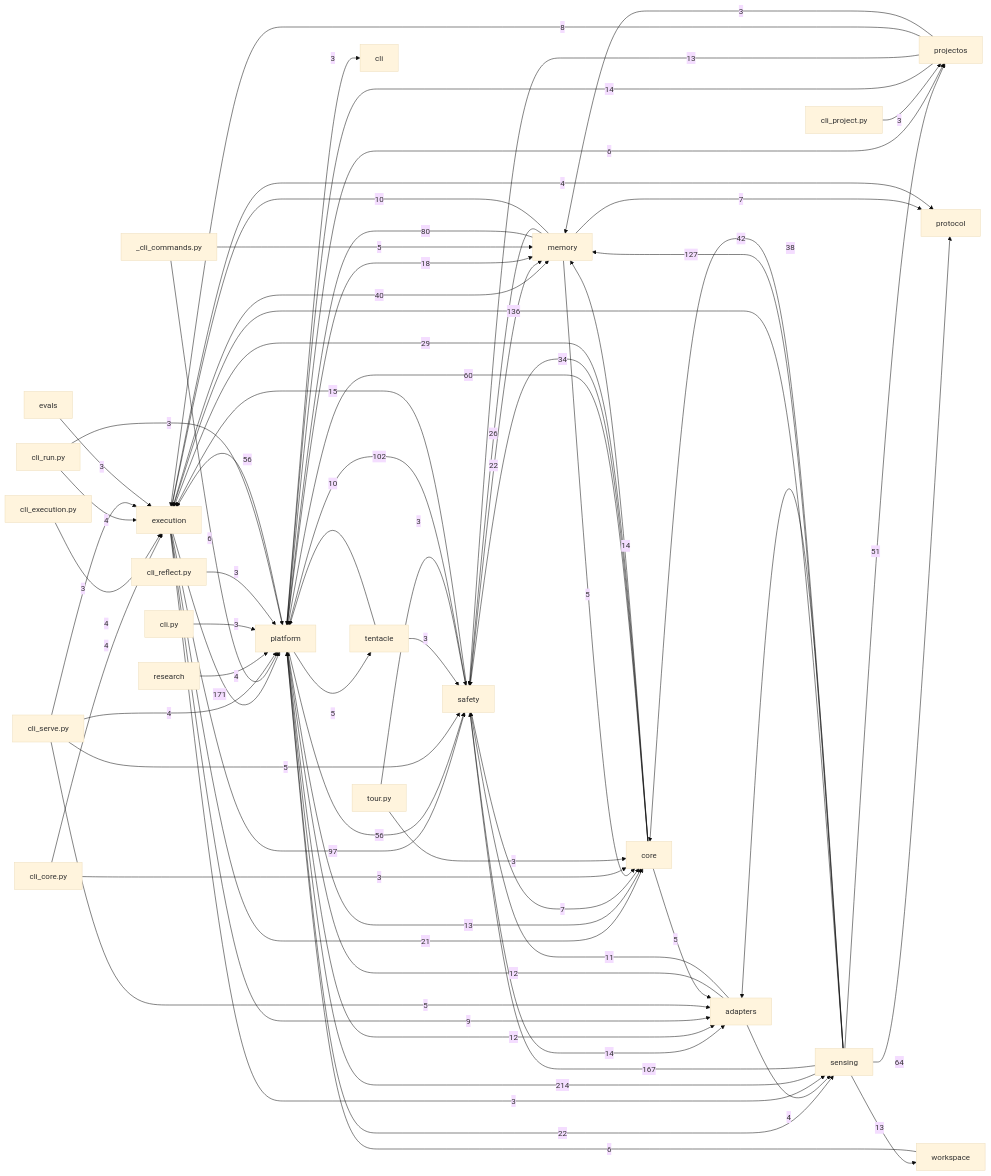
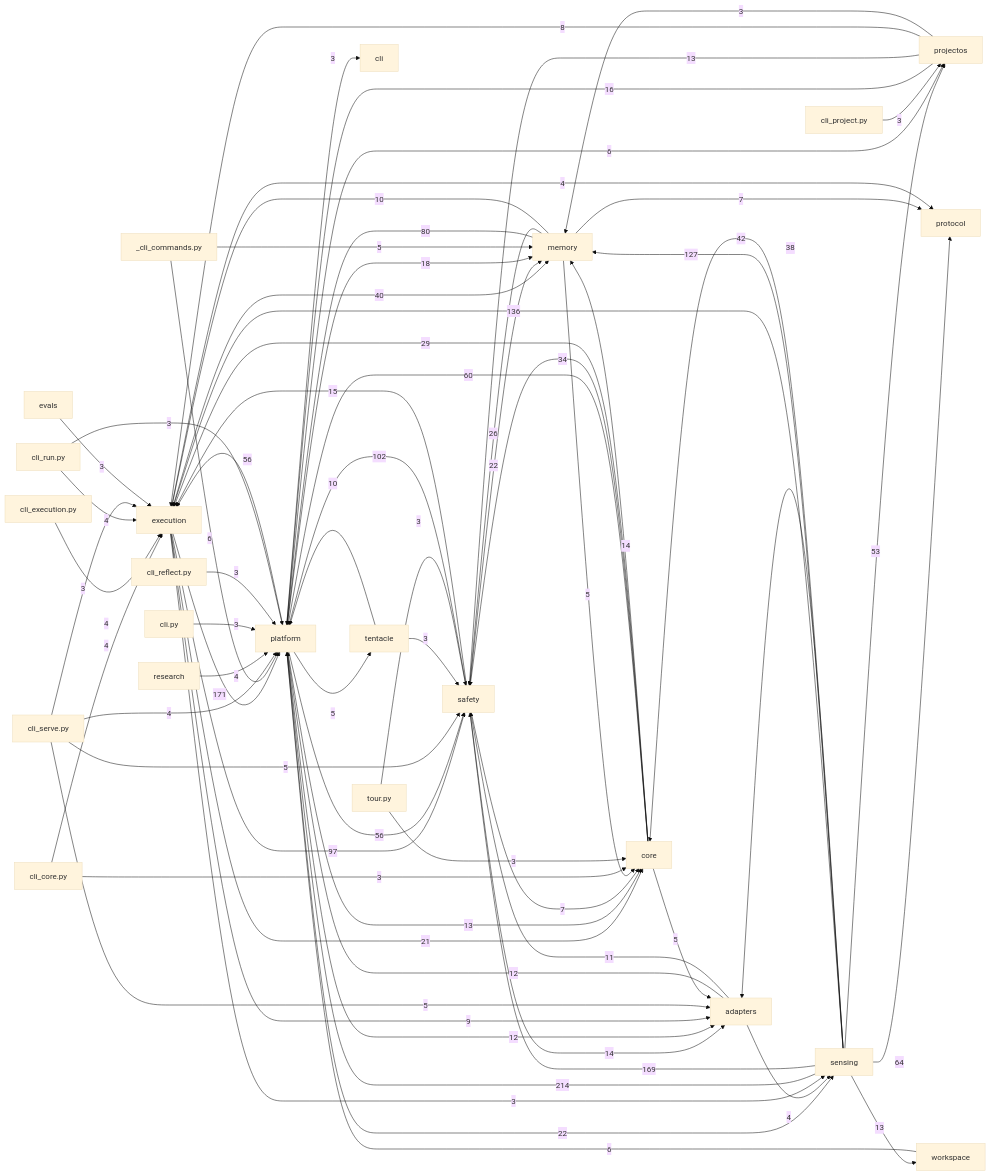
Before and after one commit to dengdenghua/echo-ai: the diagram in docs/auto/20-backend/index.md, drawn with Mermaid (base theme). The commit also changed 24 other files, not shown here.

````diff
--- a/docs/auto/20-backend/index.md
+++ b/docs/auto/20-backend/index.md
@@ -26,78 +26,78 @@
 ```mermaid
 graph LR
   execution[execution]
   core[core]
   safety[safety]
   memory[memory]
   sensing[sensing]
   adapters[adapters]
   platform[platform]
   sensing -- 214 --> platform
   execution -- 171 --> platform
-  sensing -- 167 --> safety
+  sensing -- 169 --> safety
   sensing -- 136 --> execution
   sensing -- 127 --> memory
   safety -- 102 --> platform
   execution -- 97 --> safety
   memory -- 80 --> platform
   sensing -- 64 --> protocol
   core -- 60 --> platform
   platform -- 56 --> execution
   platform -- 56 --> safety
-  sensing -- 51 --> projectos
+  sensing -- 53 --> projectos
   sensing -- 42 --> core
   execution -- 40 --> memory
   sensing -- 38 --> adapters
   core -- 34 --> safety
   core -- 29 --> execution
   memory -- 26 --> safety
   platform -- 22 --> sensing
   safety -- 22 --> memory
   execution -- 21 --> core
   platform -- 18 --> memory
+  projectos -- 16 --> platform
   safety -- 15 --> execution
   core -- 14 --> memory
-  projectos -- 14 --> platform
   safety -- 14 --> adapters
   platform -- 13 --> core
   projectos -- 13 --> safety
   sensing -- 13 --> workspace
   adapters -- 12 --> platform
   platform -- 12 --> adapters
   adapters -- 11 --> safety
   memory -- 10 --> execution
   tentacle -- 10 --> platform
   execution -- 9 --> adapters
   projectos -- 8 --> execution
   memory -- 7 --> protocol
   safety -- 7 --> core
   _cli_commands.py -- 6 --> platform
   platform -- 6 --> projectos
   workspace -- 6 --> platform
   _cli_commands.py -- 5 --> memory
   cli_serve.py -- 5 --> adapters
   cli_serve.py -- 5 --> safety
   core -- 5 --> adapters
   memory -- 5 --> core
   platform -- 5 --> tentacle
   adapters -- 4 --> sensing
   cli_core.py -- 4 --> execution
   cli_execution.py -- 4 --> execution
   cli_run.py -- 4 --> execution
   cli_serve.py -- 4 --> platform
   execution -- 4 --> protocol
   research -- 4 --> platform
   cli.py -- 3 --> platform
   cli_core.py -- 3 --> core
   cli_project.py -- 3 --> projectos
   cli_reflect.py -- 3 --> platform
   cli_run.py -- 3 --> platform
   cli_serve.py -- 3 --> execution
   evals -- 3 --> execution
   execution -- 3 --> sensing
   platform -- 3 --> cli
   projectos -- 3 --> memory
   tentacle -- 3 --> safety
   tour.py -- 3 --> core
   tour.py -- 3 --> safety
 ```
````
